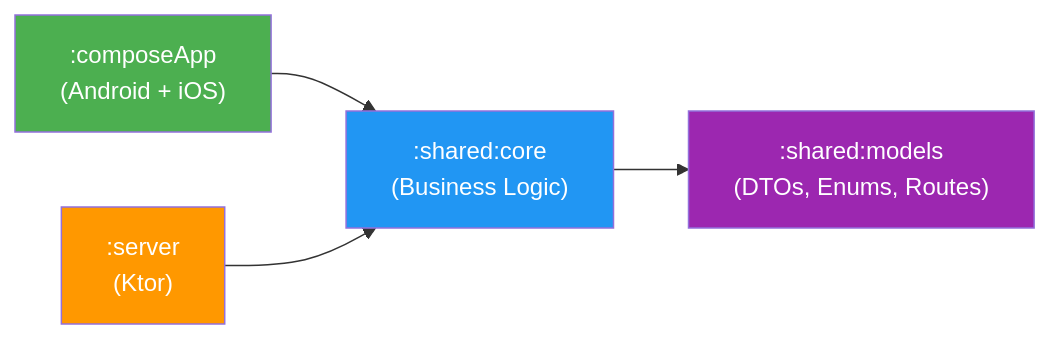
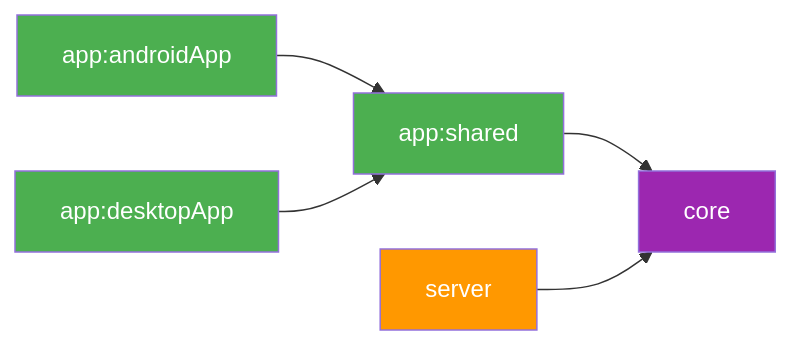
The second of 9 diagrams in docs/architecture.md (LStudioO/skilky-money-tracker), drawn with Mermaid before and after one commit. The commit also changed other lines of this file and 58 other files, not shown here.

````diff
--- a/docs/architecture.md
+++ b/docs/architecture.md
@@ -57,16 +59,19 @@
 ```mermaid
 graph LR
-    CA[":composeApp<br/>(Android + iOS)"]
-    S[":server<br/>(Ktor)"]
-    SC[":shared:core<br/>(Business Logic)"]
-    SM[":shared:models<br/>(DTOs, Enums, Routes)"]
+    AS[app:shared]
+    AA[app:androidApp]
+    AD[app:desktopApp]
+    S[server]
+    C[core]
 
-    CA --> SC
-    S --> SC
-    SC --> SM
+    AA --> AS
+    AD --> AS
+    AS --> C
+    S --> C
 
-    style CA fill:#4CAF50,color:#fff
+    style AS fill:#4CAF50,color:#fff
+    style AA fill:#4CAF50,color:#fff
+    style AD fill:#4CAF50,color:#fff
     style S fill:#FF9800,color:#fff
-    style SC fill:#2196F3,color:#fff
-    style SM fill:#9C27B0,color:#fff
+    style C fill:#9C27B0,color:#fff
 ```
````
